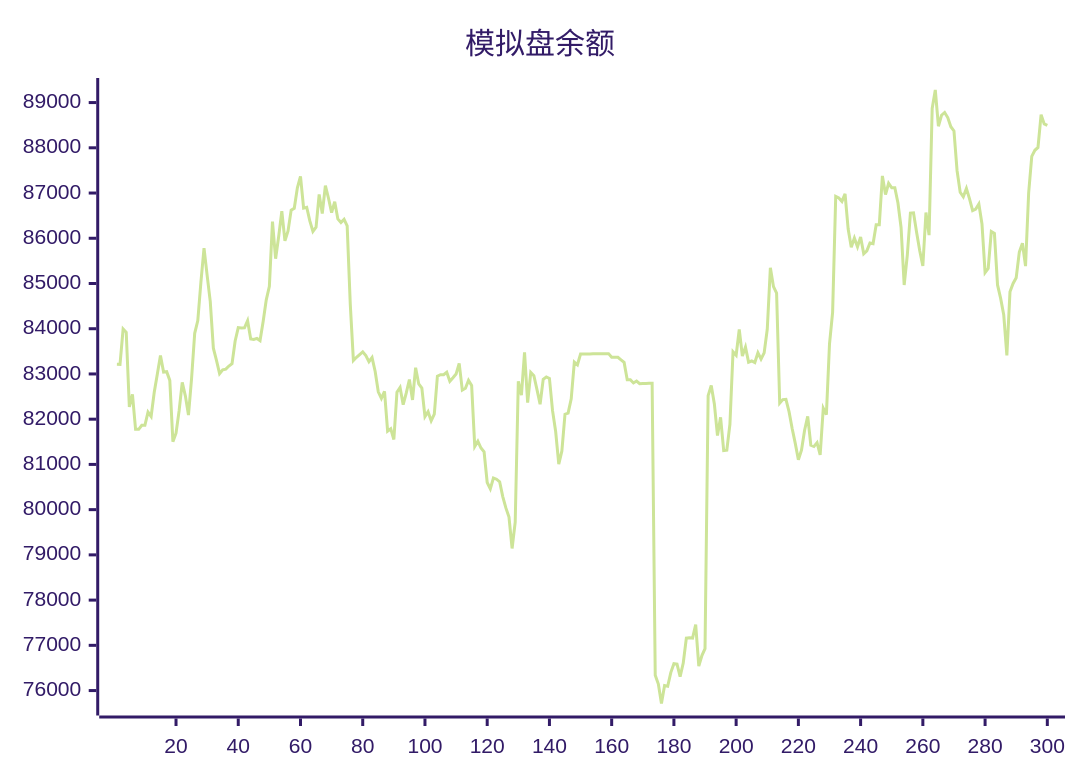
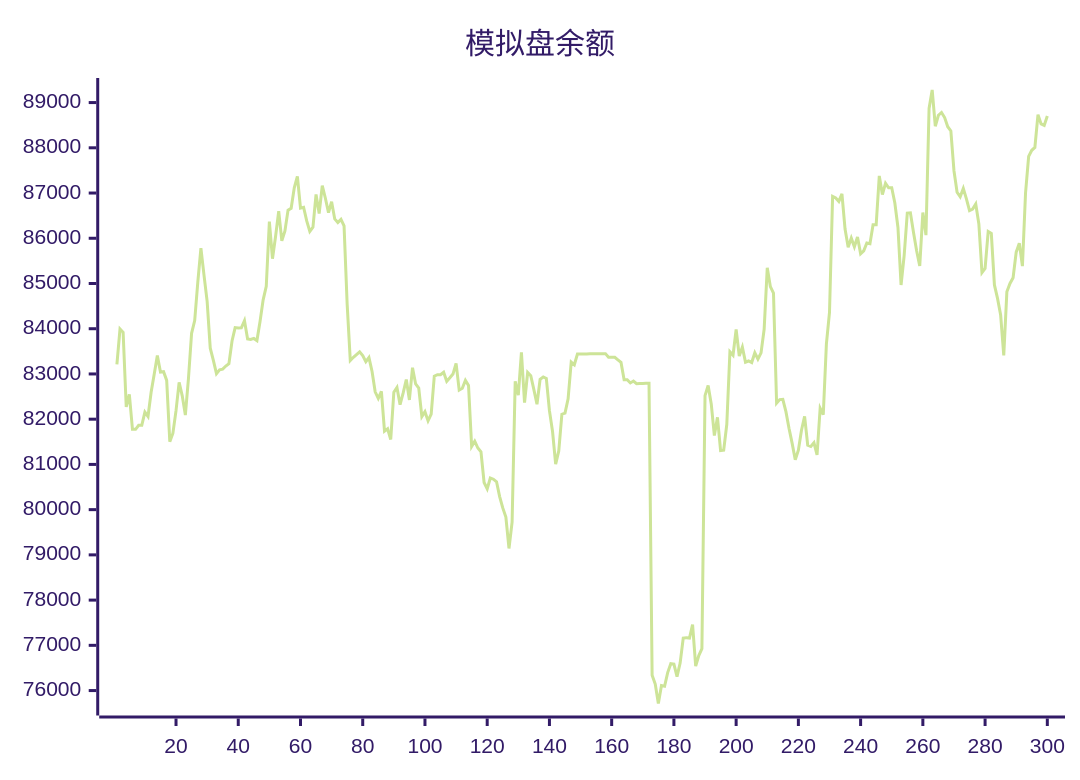
The diagram in README.md (aahl/ai-trading), drawn with Mermaid (forest theme) before and after one commit. The commit also changed other lines of this file and 1 other file, not shown here.

````diff
--- a/README.md
+++ b/README.md
@@ -5,5 +5,5 @@
 ```mermaid
 xychart
     title "模拟盘余额"
-    line [83214,83212,83993,83921,82270,82547,81776,81776,81866,81866,82158,82061,82596,83000,83408,83041,83050,82858,81503,81691,82188,82812,82517,82092,82901,83898,84180,85030,85781,85178,84604,83569,83298,83008,83093,83107,83175,83228,83729,84025,84017,84019,84177,83775,83762,83785,83738,84160,84639,84939,86370,85548,86046,86599,85942,86161,86622,86664,87115,87369,86666,86685,86384,86152,86243,86969,86548,87164,86885,86566,86809,86427,86348,86417,86273,84538,83299,83369,83430,83490,83404,83270,83362,83056,82605,82459,82614,81734,81788,81551,82598,82702,82320,82580,82878,82426,83139,82778,82686,82056,82166,81963,82110,82951,82983,82984,83038,82838,82915,82998,83235,82642,82682,82858,82746,81396,81512,81362,81277,80600,80461,80699,80673,80616,80288,80038,79836,79142,79722,82837,82533,83480,82366,83032,82960,82654,82330,82883,82934,82901,82188,81728,81005,81298,82110,82135,82449,83264,83203,83440,83439,83440,83440,83446,83447,83448,83447,83448,83449,83369,83369,83369,83313,83256,82872,82873,82801,82844,82785,82791,82791,82793,82794,76339,76145,75714,76110,76096,76397,76594,76585,76310,76607,77160,77170,77160,77456,76541,76774,76927,82520,82744,82337,81639,82040,81307,81314,81887,83490,83414,83984,83396,83594,83261,83287,83253,83470,83327,83465,83987,85348,84930,84786,82355,82433,82438,82167,81795,81466,81105,81315,81756,82064,81426,81398,81481,81210,82242,82099,83658,84359,86925,86892,86814,86980,86203,85802,86003,85811,86028,85657,85721,85896,85880,86300,86299,87378,86965,87214,87115,87118,86780,86238,84966,85623,86555,86562,86129,85722,85387,86569,86070,88870,89278,88477,88720,88781,88668,88467,88372,87493,87018,86917,87102,86870,86613,86644,86758,86317,85242,85334,86149,86106,84968,84671,84302,83410,84816,85001,85127,85693,85891,85384,87001,87811,87945,88007,88734,88528,88495]
+    line [83212,83993,83921,82270,82547,81776,81776,81866,81866,82158,82061,82596,83000,83408,83041,83050,82858,81503,81691,82188,82812,82517,82092,82901,83898,84180,85030,85781,85178,84604,83569,83298,83008,83093,83107,83175,83228,83729,84025,84017,84019,84177,83775,83762,83785,83738,84160,84639,84939,86370,85548,86046,86599,85942,86161,86622,86664,87115,87369,86666,86685,86384,86152,86243,86969,86548,87164,86885,86566,86809,86427,86348,86417,86273,84538,83299,83369,83430,83490,83404,83270,83362,83056,82605,82459,82614,81734,81788,81551,82598,82702,82320,82580,82878,82426,83139,82778,82686,82056,82166,81963,82110,82951,82983,82984,83038,82838,82915,82998,83235,82642,82682,82858,82746,81396,81512,81362,81277,80600,80461,80699,80673,80616,80288,80038,79836,79142,79722,82837,82533,83480,82366,83032,82960,82654,82330,82883,82934,82901,82188,81728,81005,81298,82110,82135,82449,83264,83203,83440,83439,83440,83440,83446,83447,83448,83447,83448,83449,83369,83369,83369,83313,83256,82872,82873,82801,82844,82785,82791,82791,82793,82794,76339,76145,75714,76110,76096,76397,76594,76585,76310,76607,77160,77170,77160,77456,76541,76774,76927,82520,82744,82337,81639,82040,81307,81314,81887,83490,83414,83984,83396,83594,83261,83287,83253,83470,83327,83465,83987,85348,84930,84786,82355,82433,82438,82167,81795,81466,81105,81315,81756,82064,81426,81398,81481,81210,82242,82099,83658,84359,86925,86892,86814,86980,86203,85802,86003,85811,86028,85657,85721,85896,85880,86300,86299,87378,86965,87214,87115,87118,86780,86238,84966,85623,86555,86562,86129,85722,85387,86569,86070,88870,89278,88477,88720,88781,88668,88467,88372,87493,87018,86917,87102,86870,86613,86644,86758,86317,85242,85334,86149,86106,84968,84671,84302,83410,84816,85001,85127,85693,85891,85384,87001,87811,87945,88007,88734,88528,88495,88705]
 ```
````
